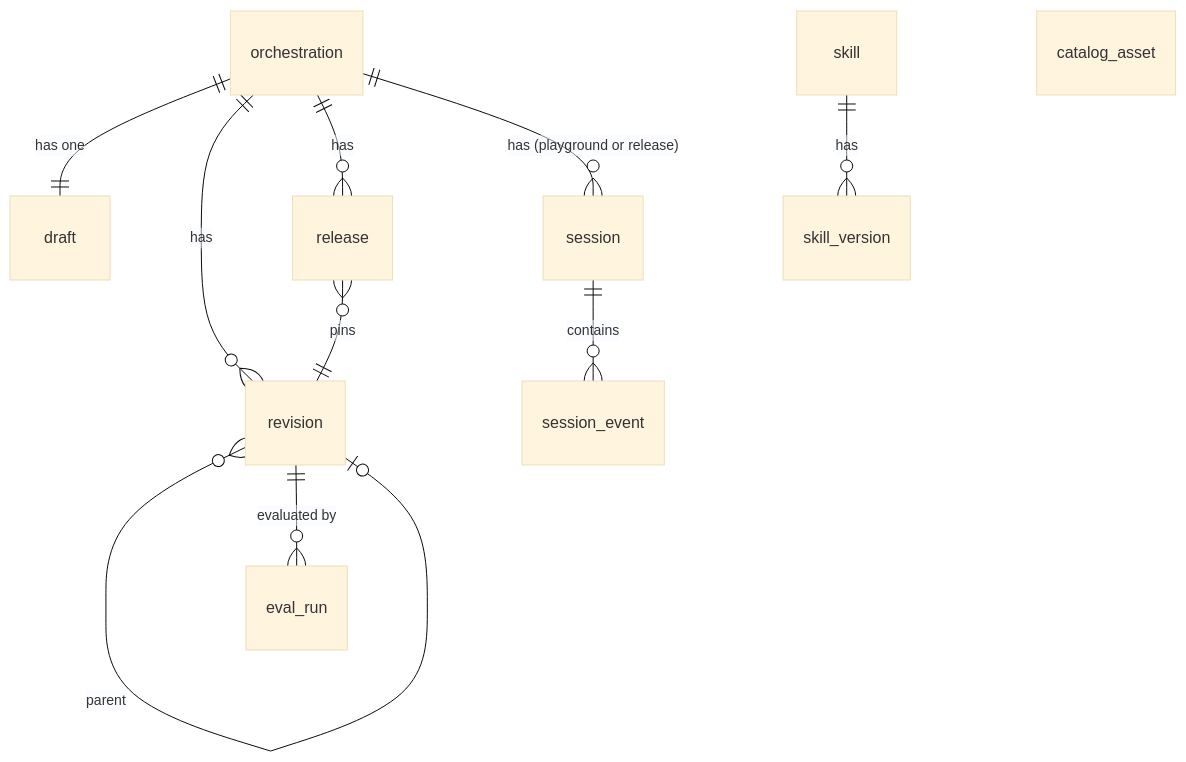
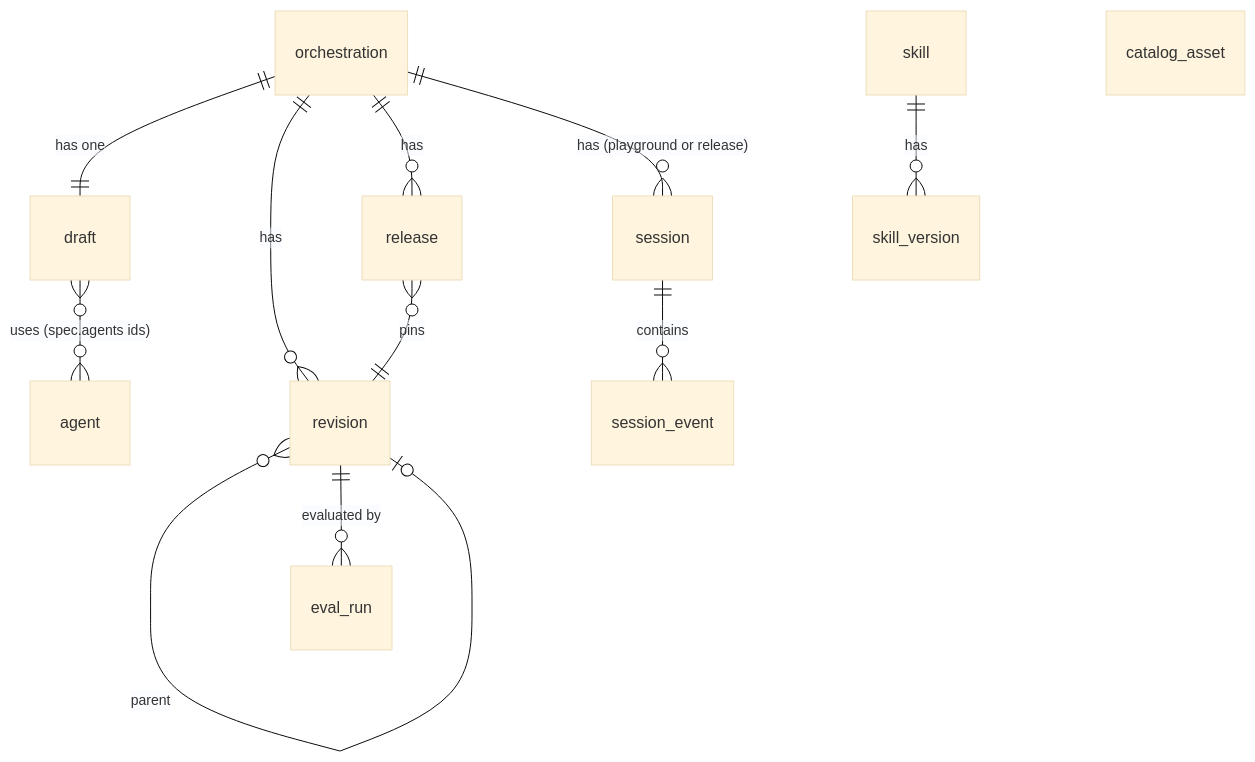
The fourth of 5 diagrams in ARCHITECTURE.md (andlaurentino/agentic-platform), drawn with Mermaid (base theme) before and after one commit. The commit also changed other lines of this file and 26 other files, not shown here.

````diff
--- a/ARCHITECTURE.md
+++ b/ARCHITECTURE.md
@@ -424,13 +425,14 @@
 ```mermaid
 erDiagram
     orchestration ||--|| draft : "has one"
+    draft }o--o{ agent : "uses (spec.agents ids)"
     orchestration ||--o{ revision : has
     revision }o--o| revision : "parent"
     orchestration ||--o{ release : has
     release }o--|| revision : pins
     orchestration ||--o{ session : "has (playground or release)"
     session ||--o{ session_event : contains
     skill ||--o{ skill_version : has
     revision ||--o{ eval_run : "evaluated by"
     catalog_asset
 ```
````
